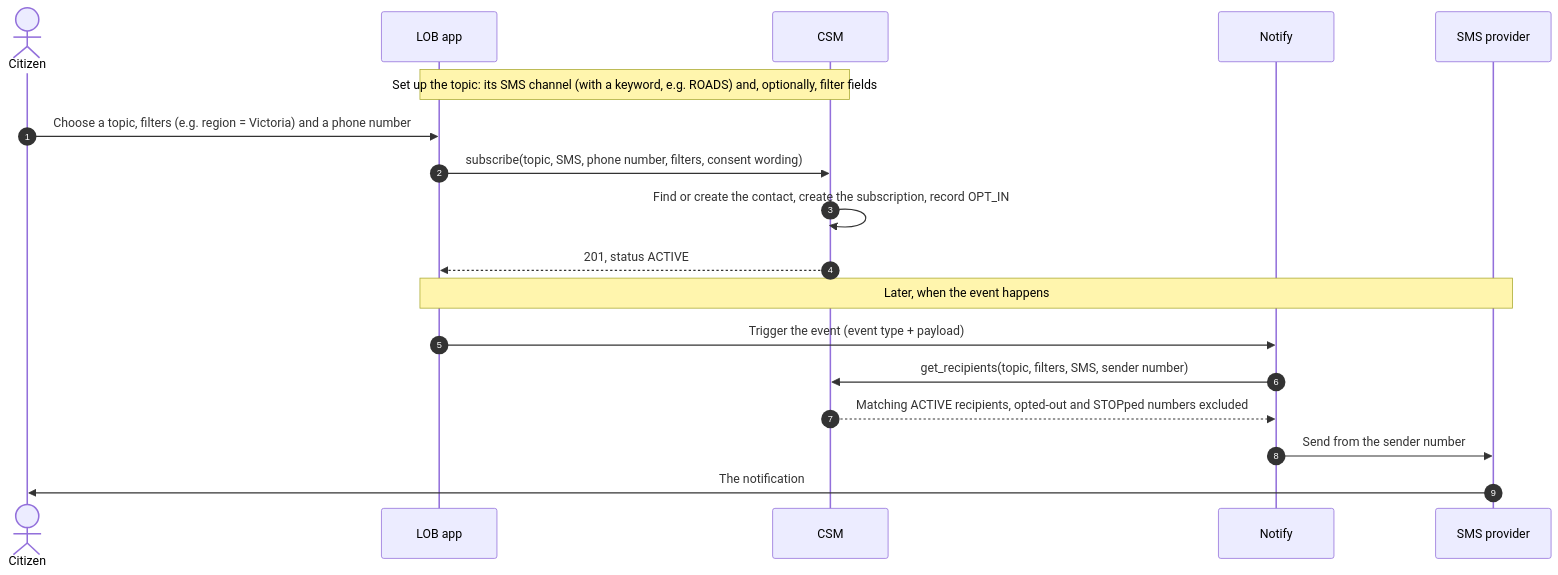
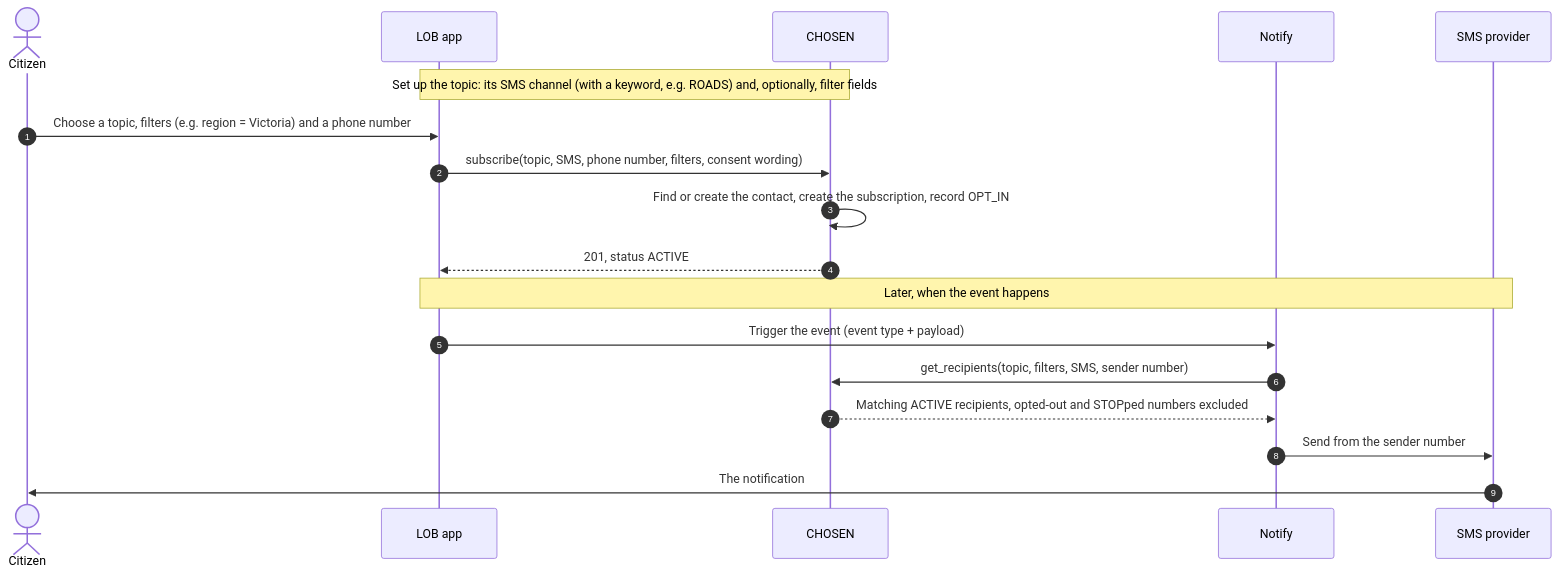
Before and after one commit to bcgov/common-subscription-manager: the second of 7 diagrams in README.md, drawn with Mermaid. The commit also changed other lines of this file and 9 other files, not shown here.

````diff
--- a/README.md
+++ b/README.md
@@ -83,23 +83,23 @@
 ```mermaid
 sequenceDiagram
     autonumber
     actor Citizen
     participant LOB as LOB app
-    participant CSM
+    participant CHOSEN
     participant Notify
     participant Provider as SMS provider
 
-    Note over LOB,CSM: Set up the topic: its SMS channel (with a keyword, e.g. ROADS) and, optionally, filter fields
+    Note over LOB,CHOSEN: Set up the topic: its SMS channel (with a keyword, e.g. ROADS) and, optionally, filter fields
 
     Citizen->>LOB: Choose a topic, filters (e.g. region = Victoria) and a phone number
-    LOB->>CSM: subscribe(topic, SMS, phone number, filters, consent wording)
-    CSM->>CSM: Find or create the contact, create the subscription, record OPT_IN
-    CSM-->>LOB: 201, status ACTIVE
+    LOB->>CHOSEN: subscribe(topic, SMS, phone number, filters, consent wording)
+    CHOSEN->>CHOSEN: Find or create the contact, create the subscription, record OPT_IN
+    CHOSEN-->>LOB: 201, status ACTIVE
 
     Note over LOB,Provider: Later, when the event happens
     LOB->>Notify: Trigger the event (event type + payload)
-    Notify->>CSM: get_recipients(topic, filters, SMS, sender number)
-    CSM-->>Notify: Matching ACTIVE recipients, opted-out and STOPped numbers excluded
+    Notify->>CHOSEN: get_recipients(topic, filters, SMS, sender number)
+    CHOSEN-->>Notify: Matching ACTIVE recipients, opted-out and STOPped numbers excluded
     Notify->>Provider: Send from the sender number
     Provider->>Citizen: The notification
 ```
````
